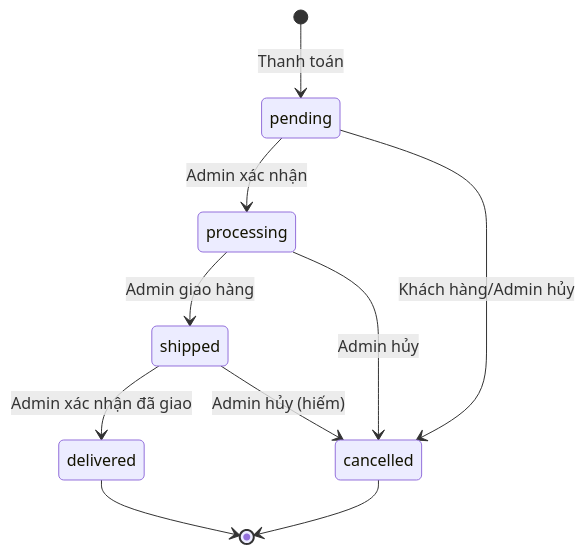
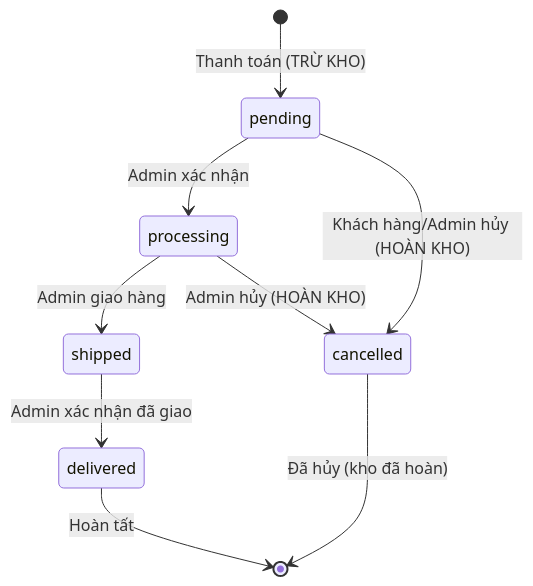
Before and after one commit to vinhhoang04cp/webshop: the diagram in docs/BUSINESS_LOGIC.md, drawn with Mermaid. The commit also changed other lines of this file and 12 other files, not shown here.

````diff
--- a/docs/BUSINESS_LOGIC.md
+++ b/docs/BUSINESS_LOGIC.md
@@ -432,12 +490,11 @@
 ```mermaid
 stateDiagram-v2
-    [*] --> pending: Thanh toán
+    [*] --> pending: Thanh toán (TRỪ KHO)
     pending --> processing: Admin xác nhận
-    pending --> cancelled: Khách hàng/Admin hủy
+    pending --> cancelled: Khách hàng/Admin hủy (HOÀN KHO)
     processing --> shipped: Admin giao hàng
-    processing --> cancelled: Admin hủy
+    processing --> cancelled: Admin hủy (HOÀN KHO)
     shipped --> delivered: Admin xác nhận đã giao
-    shipped --> cancelled: Admin hủy (hiếm)
-    delivered --> [*]
-    cancelled --> [*]
+    delivered --> [*]: Hoàn tất
+    cancelled --> [*]: Đã hủy (kho đã hoàn)
 ```
````
